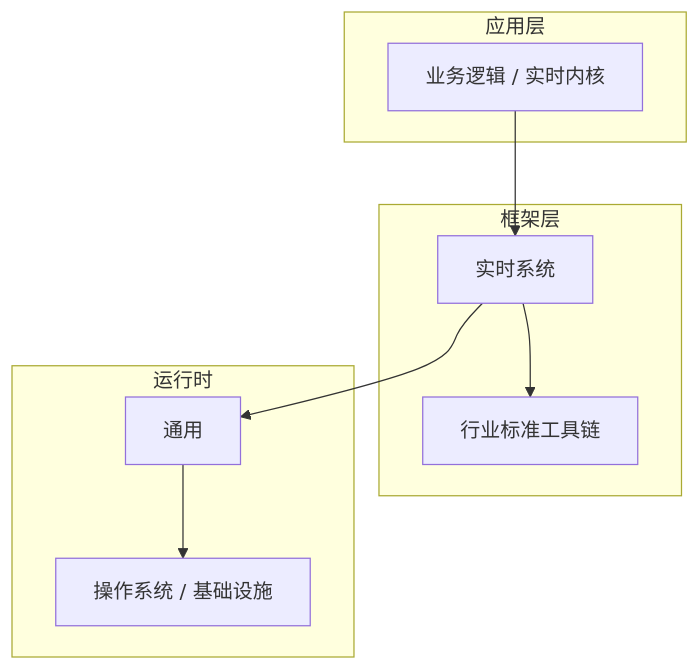
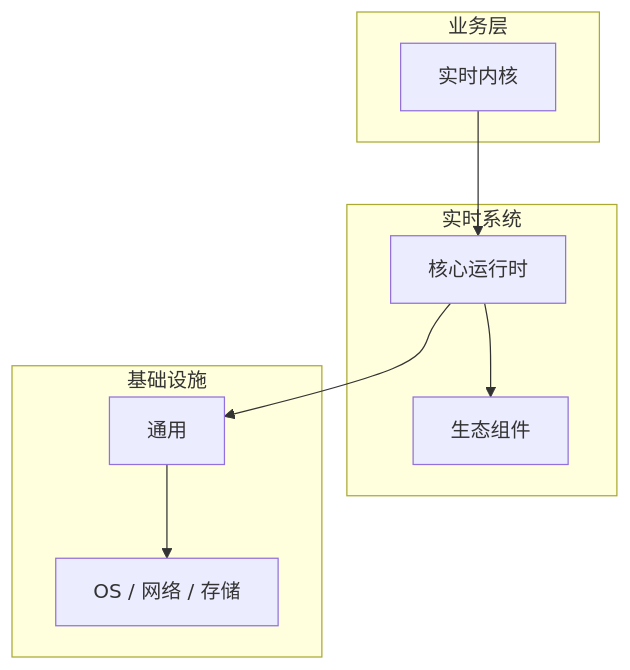
The diagram in articles/实时系统/chapters/017-实时内核核心概念与原理.md (yanggan2015/knowledge-json-v2), drawn with Mermaid before and after one commit. The commit also changed other lines of this file and 10127 other files, not shown here.

````diff
--- a/articles/实时系统/chapters/017-实时内核核心概念与原理.md
+++ b/articles/实时系统/chapters/017-实时内核核心概念与原理.md
@@ -45,18 +34,18 @@
 ```mermaid
 graph TB
-    subgraph 应用层
-        A[业务逻辑 / 实时内核]
+    subgraph 业务层
+        A[实时内核]
     end
-    subgraph 框架层
-        B[实时系统]
-        C[行业标准工具链]
+    subgraph 实时系统
+        B[核心运行时]
+        C[生态组件]
     end
-    subgraph 运行时
+    subgraph 基础设施
         D[通用]
-        E[操作系统 / 基础设施]
+        E[OS / 网络 / 存储]
     end
     A --> B
     B --> C
     B --> D
     D --> E
 ```
````
